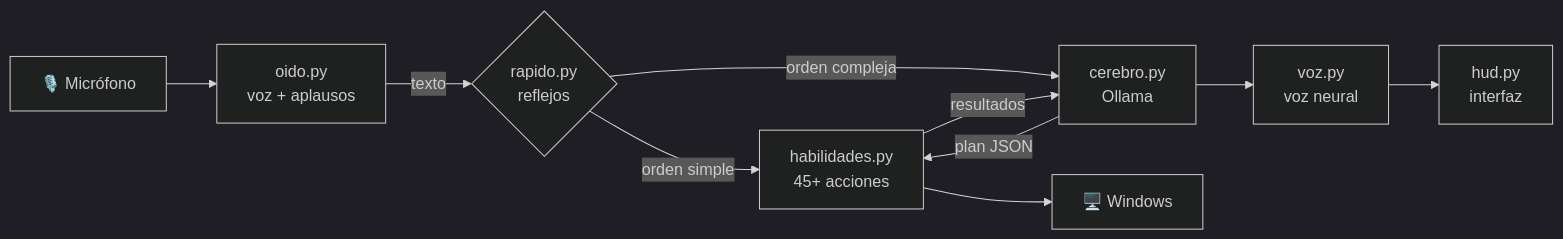
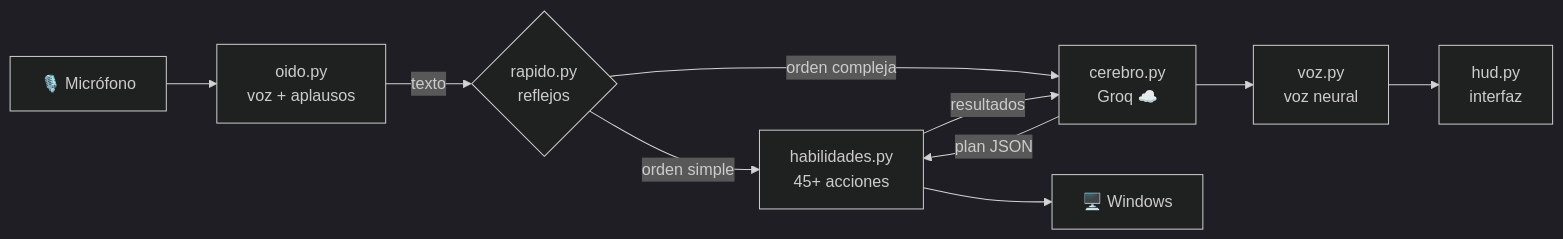
One commit to AbnerGA7/JARVIS changed the diagram in README.md. Above: the diagram before and after it, drawn with Mermaid (dark theme). The commit also changed other lines of this file, not shown here.

Commit message:
Actualizo el README para el cerebro en la nube

````diff
--- a/README.md
+++ b/README.md
@@ -64,12 +67,12 @@
 ```mermaid
 flowchart LR
     M[🎙️ Micrófono] --> O[oido.py<br>voz + aplausos]
     O -->|texto| R{rapido.py<br>reflejos}
     R -->|orden simple| H[habilidades.py<br>45+ acciones]
-    R -->|orden compleja| C[cerebro.py<br>Ollama]
+    R -->|orden compleja| C[cerebro.py<br>Groq ☁️]
     C -->|plan JSON| H
     H -->|resultados| C
     H --> PC[🖥️ Windows]
     C --> V[voz.py<br>voz neural]
     V --> HUD[hud.py<br>interfaz]
 ```
````
